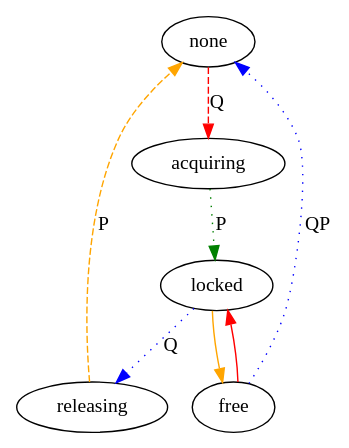
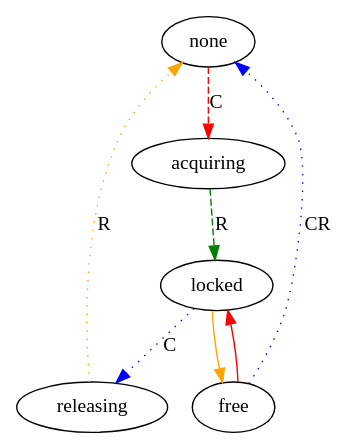
Before and after one commit to nforrester/6.824_labs: the diagram in lock_protocol_diagram.dot, drawn with Graphviz. The commit also changed 1 other file, not shown here.

```diff
--- a/lock_protocol_diagram.dot
+++ b/lock_protocol_diagram.dot
@@ -1,9 +1,9 @@
 digraph Client {
-	none -> acquiring [color=red, style=dashed, label="Q"];
-	acquiring -> locked [color=green, style=dotted, label="P"];
-	locked -> releasing [color=blue, style=dotted, label="Q"];
-	releasing -> none [color=orange, style=dashed, label="P"];
-	free -> none [color=blue, style=dotted, label="QP"];
+	none -> acquiring [color=red, style=dashed, label="C"];
+	acquiring -> locked [color=green, style=dashed, label="R"];
+	locked -> releasing [color=blue, style=dotted, label="C"];
+	releasing -> none [color=orange, style=dotted, label="R"];
+	free -> none [color=blue, style=dotted, label="CR"];
 	locked -> free [color=orange];
 	free -> locked [color=red];
 }
```
